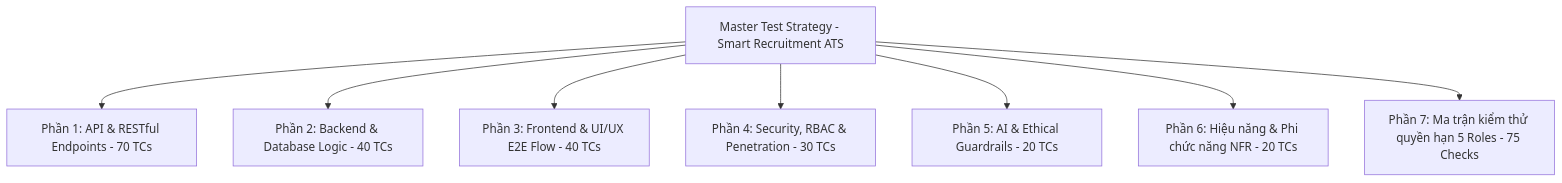
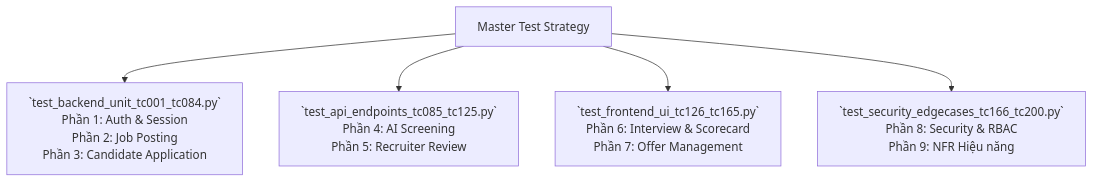
One commit to quynhnguyen05/Smart-Recruitment-ATS changed the diagram in docs/07-testing/test-strategy.md. Above: the diagram before and after it, drawn with Mermaid. The commit also changed other lines of this file and 24 other files, not shown here.

````diff
--- a/docs/07-testing/test-strategy.md
+++ b/docs/07-testing/test-strategy.md
@@ -16,11 +19,8 @@
 ```mermaid
 graph TD
-    Root[Master Test Strategy - Smart Recruitment ATS]
-    Root --> P1[Phần 1: API & RESTful Endpoints - 70 TCs]
-    Root --> P2[Phần 2: Backend & Database Logic - 40 TCs]
-    Root --> P3[Phần 3: Frontend & UI/UX E2E Flow - 40 TCs]
-    Root --> P4[Phần 4: Security, RBAC & Penetration - 30 TCs]
-    Root --> P5[Phần 5: AI & Ethical Guardrails - 20 TCs]
-    Root --> P6[Phần 6: Hiệu năng & Phi chức năng NFR - 20 TCs]
-    Root --> P7[Phần 7: Ma trận kiểm thử quyền hạn 5 Roles - 75 Checks]
+    Root[Master Test Strategy]
+    Root --> F1[`test_backend_unit_tc001_tc084.py`<br/>Phần 1: Auth & Session<br/>Phần 2: Job Posting<br/>Phần 3: Candidate Application]
+    Root --> F2[`test_api_endpoints_tc085_tc125.py`<br/>Phần 4: AI Screening<br/>Phần 5: Recruiter Review]
+    Root --> F3[`test_frontend_ui_tc126_tc165.py`<br/>Phần 6: Interview & Scorecard<br/>Phần 7: Offer Management]
+    Root --> F4[`test_security_edgecases_tc166_tc200.py`<br/>Phần 8: Security & RBAC<br/>Phần 9: NFR Hiệu năng]
 ```
````
